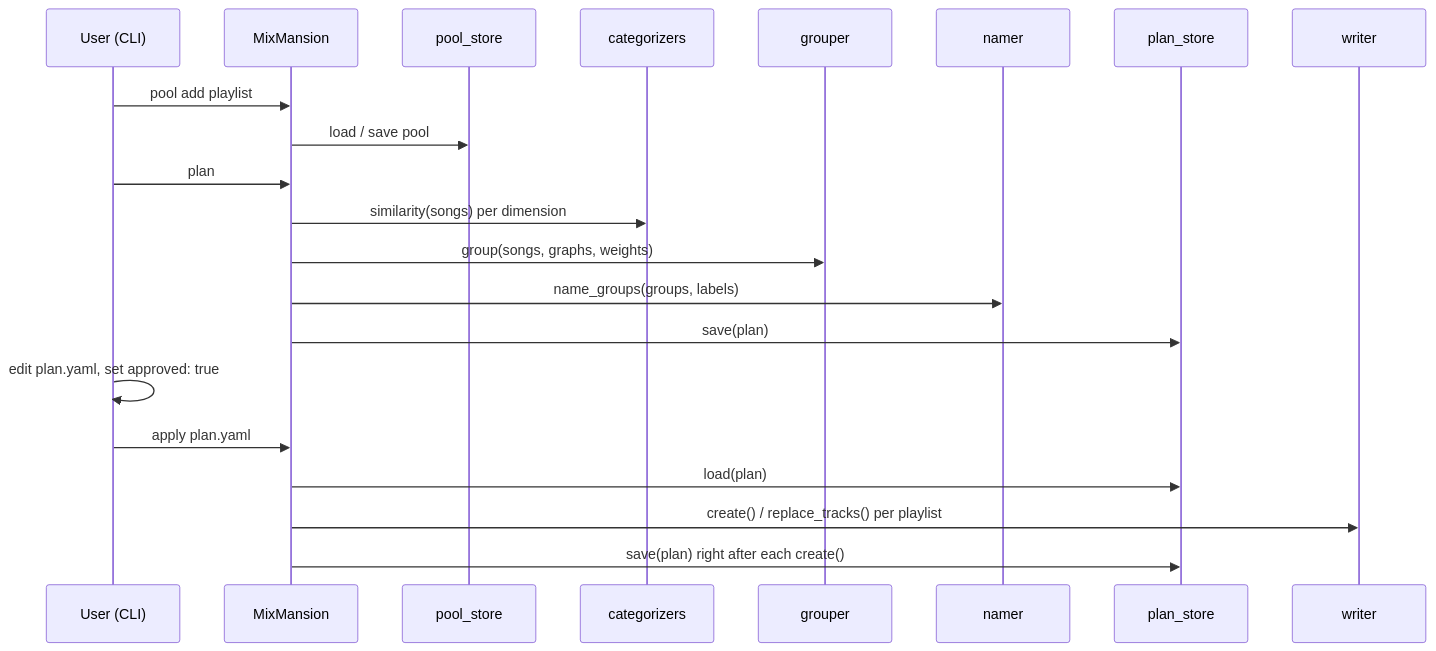
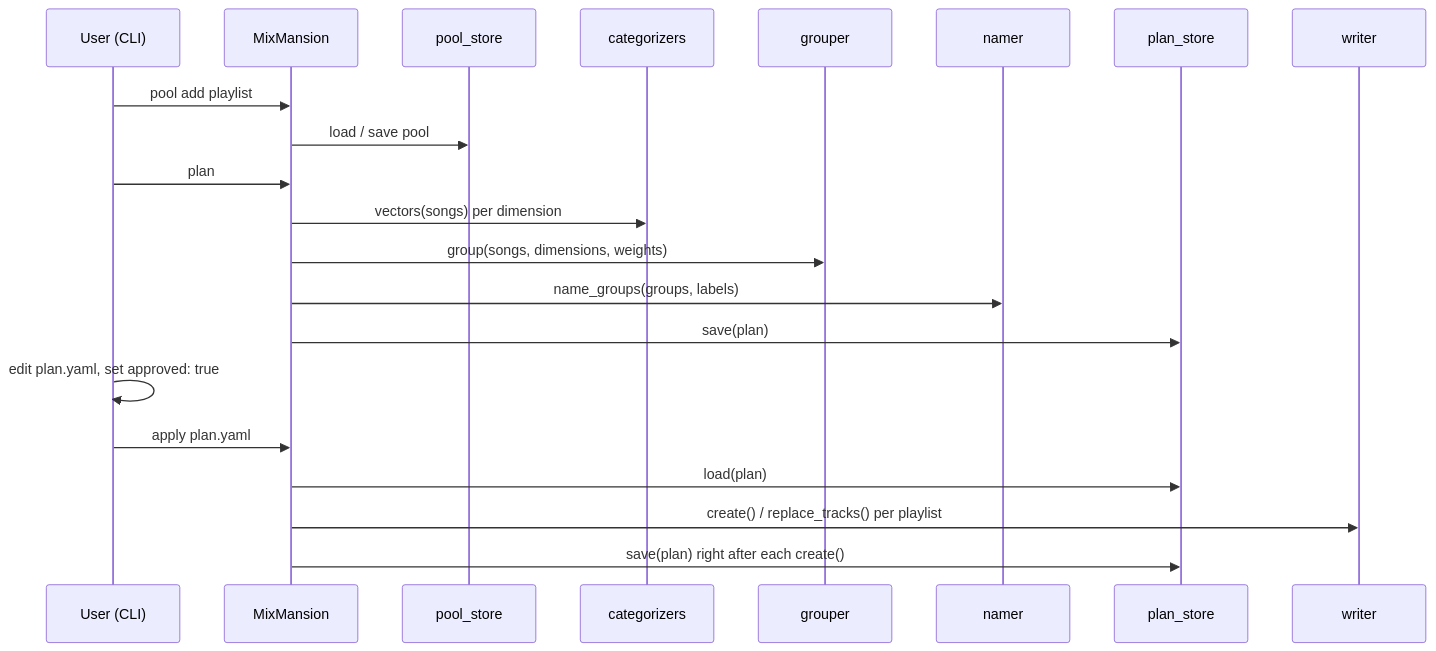
Before and after one commit to janthoXO/MixMansion: the third of 3 diagrams in README_DEV.md, drawn with Mermaid. The commit also changed other lines of this file and 16 other files, not shown here.

````diff
--- a/README_DEV.md
+++ b/README_DEV.md
@@ -154,24 +154,24 @@
 ```mermaid
 sequenceDiagram
     participant U as User (CLI)
     participant M as MixMansion
     participant PS as pool_store
     participant Cat as categorizers
     participant Gr as grouper
     participant N as namer
     participant PL as plan_store
     participant W as writer
 
     U->>M: pool add playlist
     M->>PS: load / save pool
     U->>M: plan
-    M->>Cat: similarity(songs) per dimension
-    M->>Gr: group(songs, graphs, weights)
+    M->>Cat: vectors(songs) per dimension
+    M->>Gr: group(songs, dimensions, weights)
     M->>N: name_groups(groups, labels)
     M->>PL: save(plan)
     U->>U: edit plan.yaml, set approved: true
     U->>M: apply plan.yaml
     M->>PL: load(plan)
     M->>W: create() / replace_tracks() per playlist
     M->>PL: save(plan) right after each create()
 ```
````
